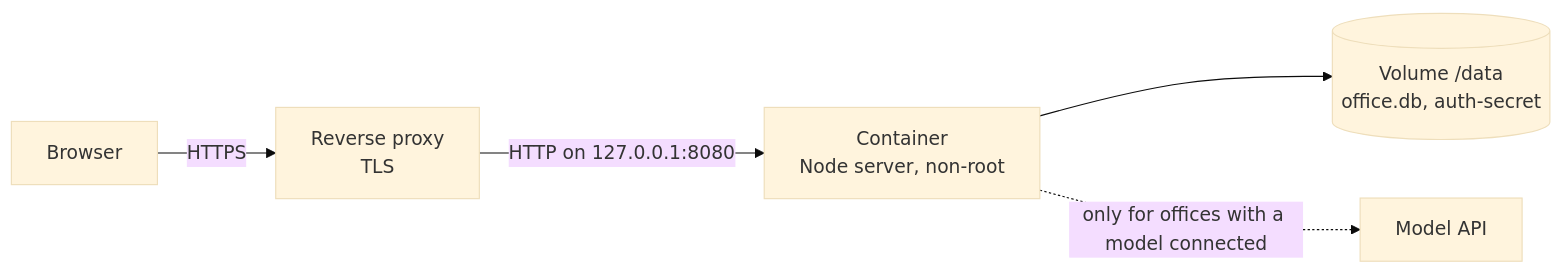
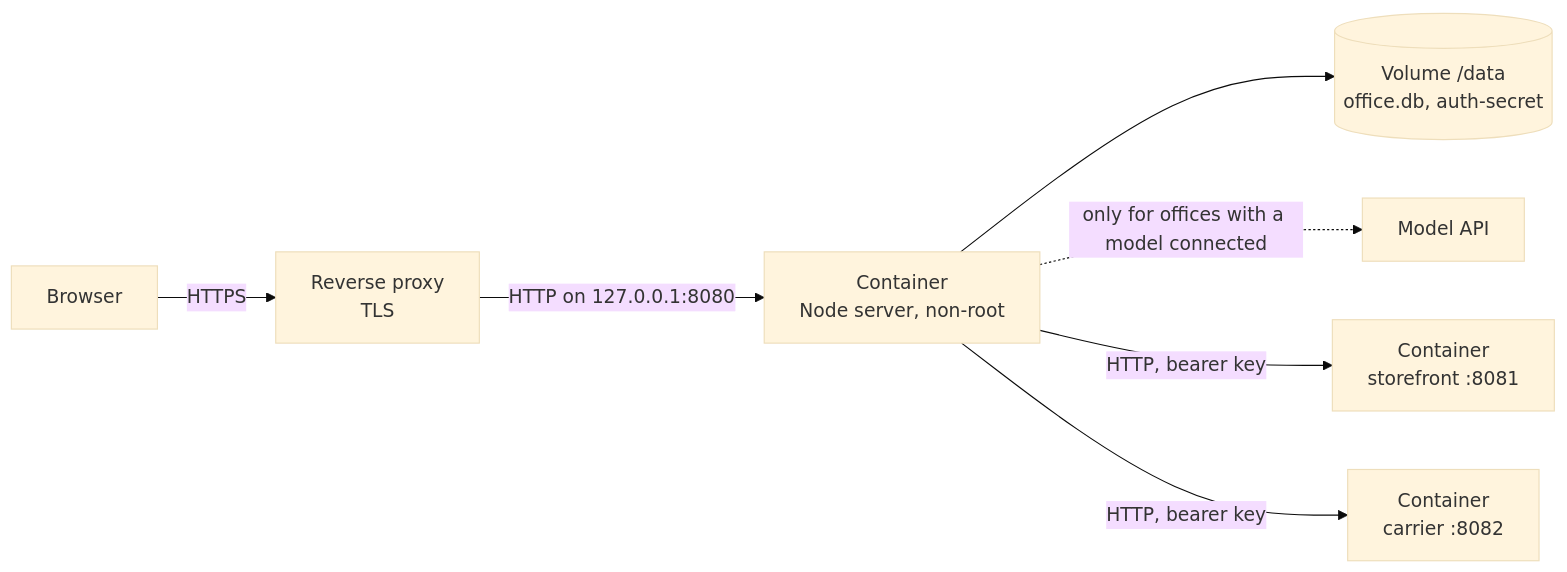
Diagram 14 of 14 in README.md (seyitgkc/ai-virtual-office), drawn with Mermaid (base theme) before and after one commit. The commit also changed other lines of this file and 2 other files, not shown here.

````diff
--- a/README.md
+++ b/README.md
@@ -1250,7 +1361,9 @@
 ```mermaid
 flowchart LR
   user["Browser"] -->|HTTPS| proxy["Reverse proxy<br/>TLS"]
   proxy -->|"HTTP on 127.0.0.1:8080"| app["Container<br/>Node server, non-root"]
   app --> vol[("Volume /data<br/>office.db, auth-secret")]
   app -.->|"only for offices with a model connected"| api["Model API"]
+  app -->|"HTTP, bearer key"| shop["Container<br/>storefront :8081"]
+  app -->|"HTTP, bearer key"| freight["Container<br/>carrier :8082"]
 ```
````
